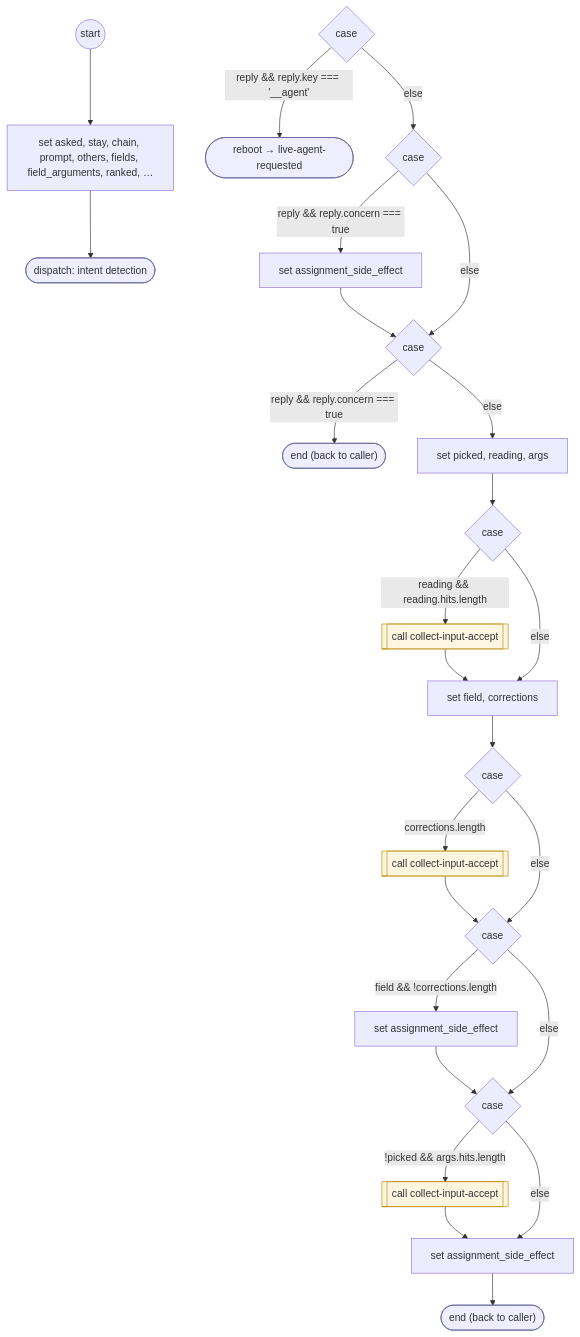
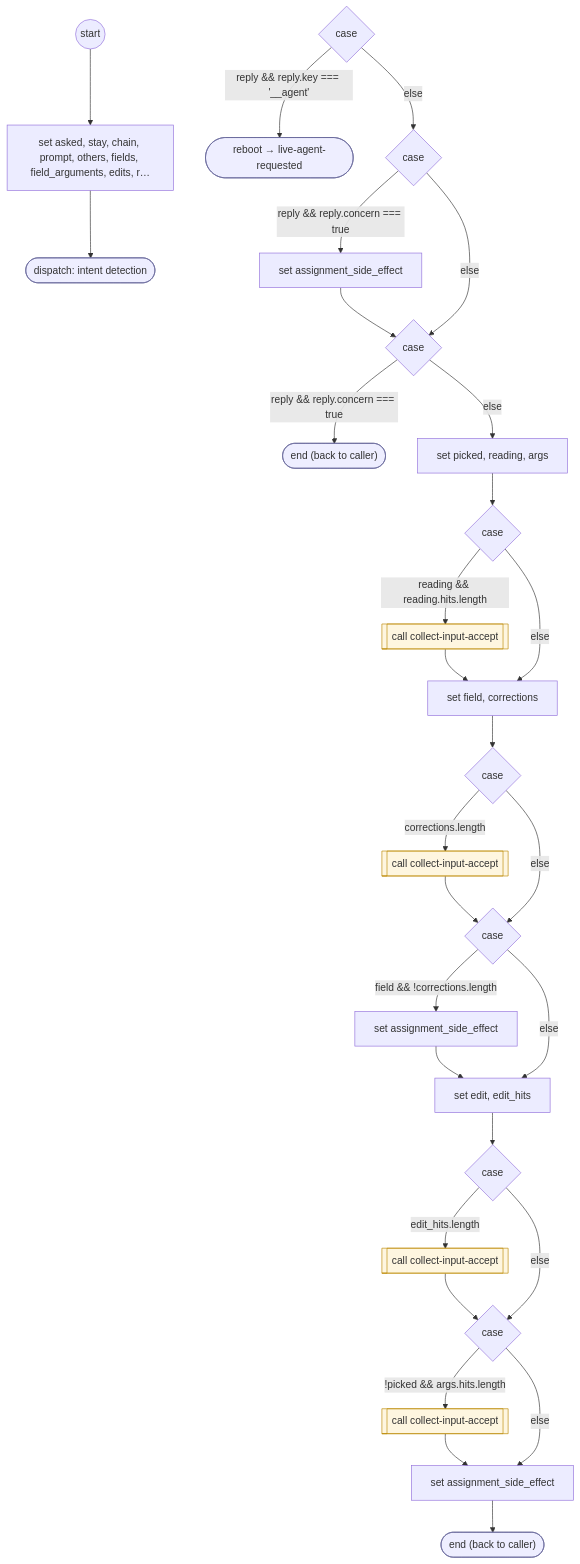
Before and after one commit to ronpinkas/jsfe: the diagram in docs/flows/system/read-confirm-reply.md, drawn with Mermaid. The commit also changed 5 other files, not shown here.

Commit message:
jsfe flows: reference copy of the prod shared sets from AIDevelopment 09d7fb6

````diff
--- a/docs/flows/system/read-confirm-reply.md
+++ b/docs/flows/system/read-confirm-reply.md
@@ -23,59 +23,67 @@
 ```mermaid
 flowchart TD
    START(("start"))
-   n0["set asked, stay, chain, prompt, others, fields, field_arguments, ranked, …"]
+   n0["set asked, stay, chain, prompt, others, fields, field_arguments, edits, r…"]
    START --> n0
    n1(["dispatch: intent detection"])
    class n1 endstep
    n0 --> n1
    c2{"case"}
    b3(["reboot → live-agent-requested"])
    class b3 endstep
    c2 -- "reply && reply.key === '__agent'" --> b3
    c4{"case"}
    c2 -- "else" --> c4
    b5["set assignment_side_effect"]
    c4 -- "reply && reply.concern === true" --> b5
    c6{"case"}
    b5 --> c6
    c4 -- "else" --> c6
    b7(["end (back to caller)"])
    class b7 endstep
    c6 -- "reply && reply.concern === true" --> b7
    n8["set picked, reading, args"]
    c6 -- "else" --> n8
    c9{"case"}
    n8 --> c9
    b10[["call collect-input-accept"]]
    class b10 flowstep
    c9 -- "reading && reading.hits.length" --> b10
    n11["set field, corrections"]
    b10 --> n11
    c9 -- "else" --> n11
    c12{"case"}
    n11 --> c12
    b13[["call collect-input-accept"]]
    class b13 flowstep
    c12 -- "corrections.length" --> b13
    c14{"case"}
    b13 --> c14
    c12 -- "else" --> c14
    b15["set assignment_side_effect"]
    c14 -- "field && !corrections.length" --> b15
-   c16{"case"}
-   b15 --> c16
-   c14 -- "else" --> c16
-   b17[["call collect-input-accept"]]
-   class b17 flowstep
-   c16 -- "!picked && args.hits.length" --> b17
-   n18["set assignment_side_effect"]
-   b17 --> n18
-   c16 -- "else" --> n18
+   n16["set edit, edit_hits"]
+   b15 --> n16
+   c14 -- "else" --> n16
+   c17{"case"}
+   n16 --> c17
+   b18[["call collect-input-accept"]]
+   class b18 flowstep
+   c17 -- "edit_hits.length" --> b18
+   c19{"case"}
+   b18 --> c19
+   c17 -- "else" --> c19
+   b20[["call collect-input-accept"]]
+   class b20 flowstep
+   c19 -- "!picked && args.hits.length" --> b20
+   n21["set assignment_side_effect"]
+   b20 --> n21
+   c19 -- "else" --> n21
    DONE(["end (back to caller)"])
    class DONE endstep
-   n18 --> DONE
+   n21 --> DONE
    classDef endstep fill:#eef,stroke:#669
    classDef toolstep fill:#efe,stroke:#696
    classDef flowstep fill:#fef6e0,stroke:#b80
    classDef inputstep fill:#f3eefc,stroke:#75a
 ```
````
